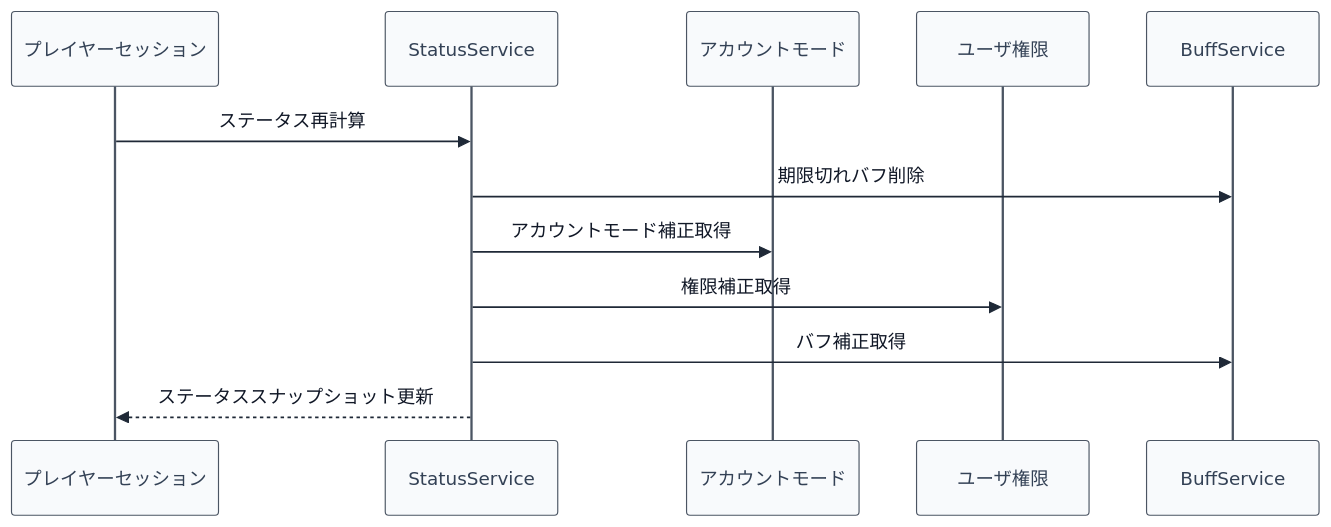
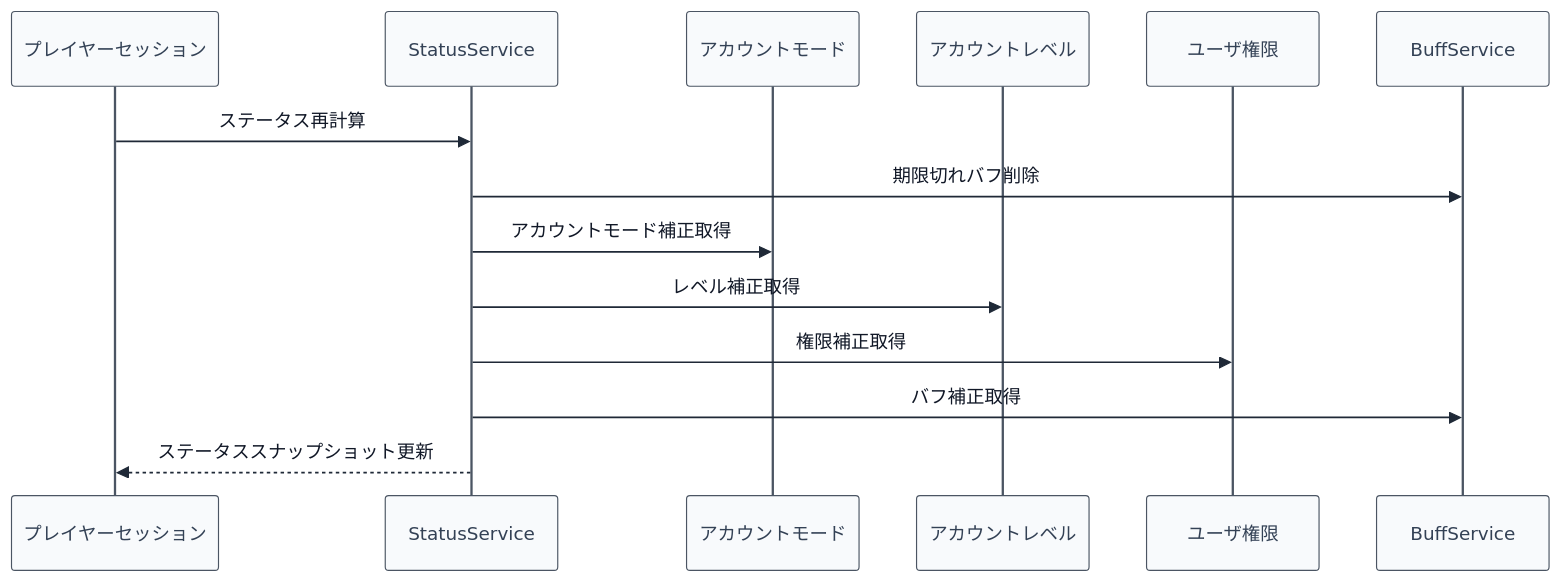
The diagram in 00_docs/10_プラグイン設計書/feature/07-status/4-統合フロー/07_4.00-統合フロー.md (maaasu/AstralRecord-Workspace), drawn with Mermaid before and after one commit. The commit also changed other lines of this file and 6 other files, not shown here.

````diff
--- a/00_docs/10_プラグイン設計書/feature/07-status/4-統合フロー/07_4.00-統合フロー.md
+++ b/00_docs/10_プラグイン設計書/feature/07-status/4-統合フロー/07_4.00-統合フロー.md
@@ -5,16 +5,18 @@
 ```mermaid
 %%{init: {"theme": "base", "themeVariables": {"lineColor": "#1f2937", "signalColor": "#1f2937", "signalTextColor": "#111827", "actorBkg": "#f8fafc", "actorBorder": "#4b5563", "actorTextColor": "#334155", "labelBoxBkgColor": "#ffffff", "labelBoxBorderColor": "#374151", "labelTextColor": "#111827"}}}%%
 sequenceDiagram
     participant P as プレイヤーセッション
     participant S as StatusService
     participant A as アカウントモード
+    participant L as アカウントレベル
     participant U as ユーザ権限
     participant B as BuffService
 
     P->>S: ステータス再計算
     S->>B: 期限切れバフ削除
     S->>A: アカウントモード補正取得
+    S->>L: レベル補正取得
     S->>U: 権限補正取得
     S->>B: バフ補正取得
     S-->>P: ステータススナップショット更新
 ```
````
